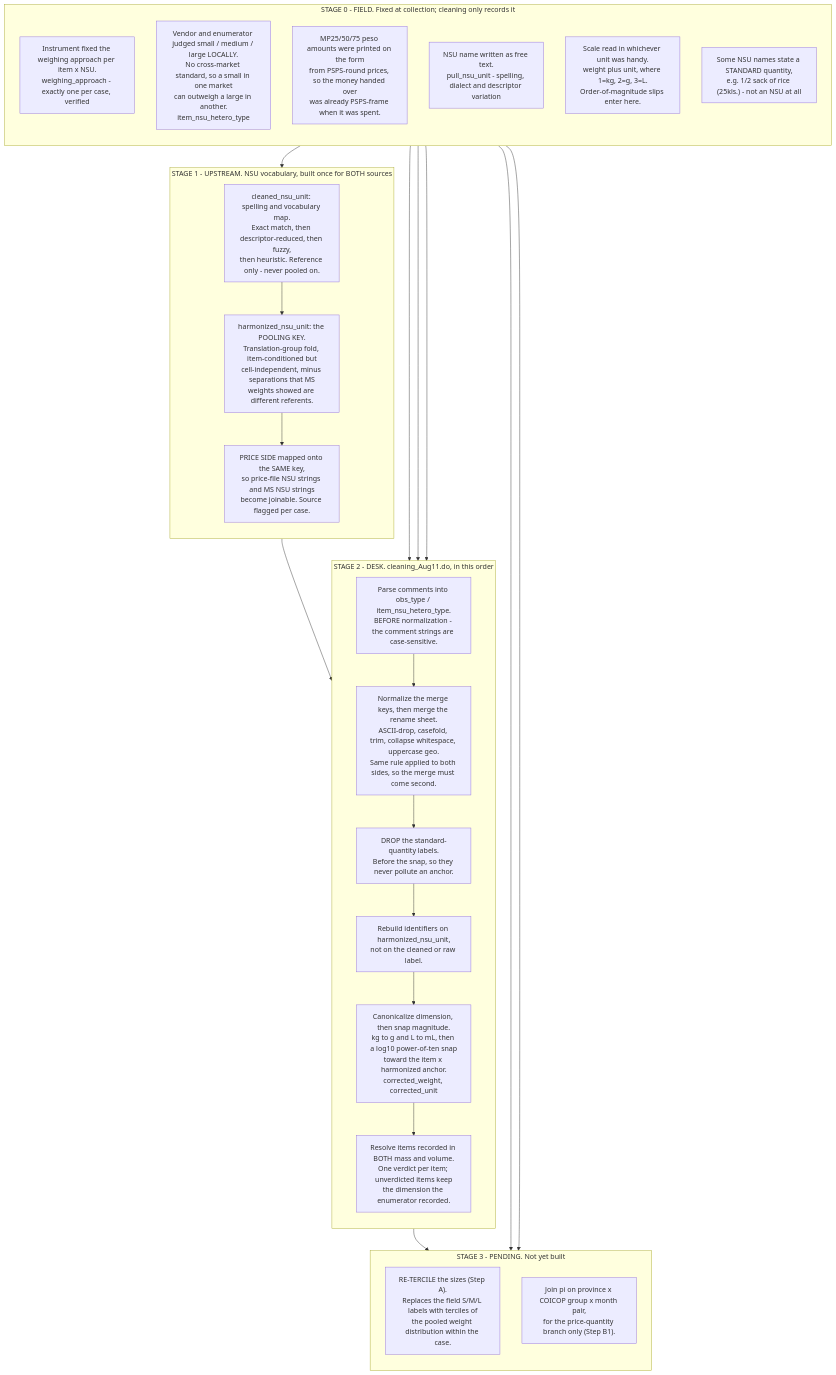
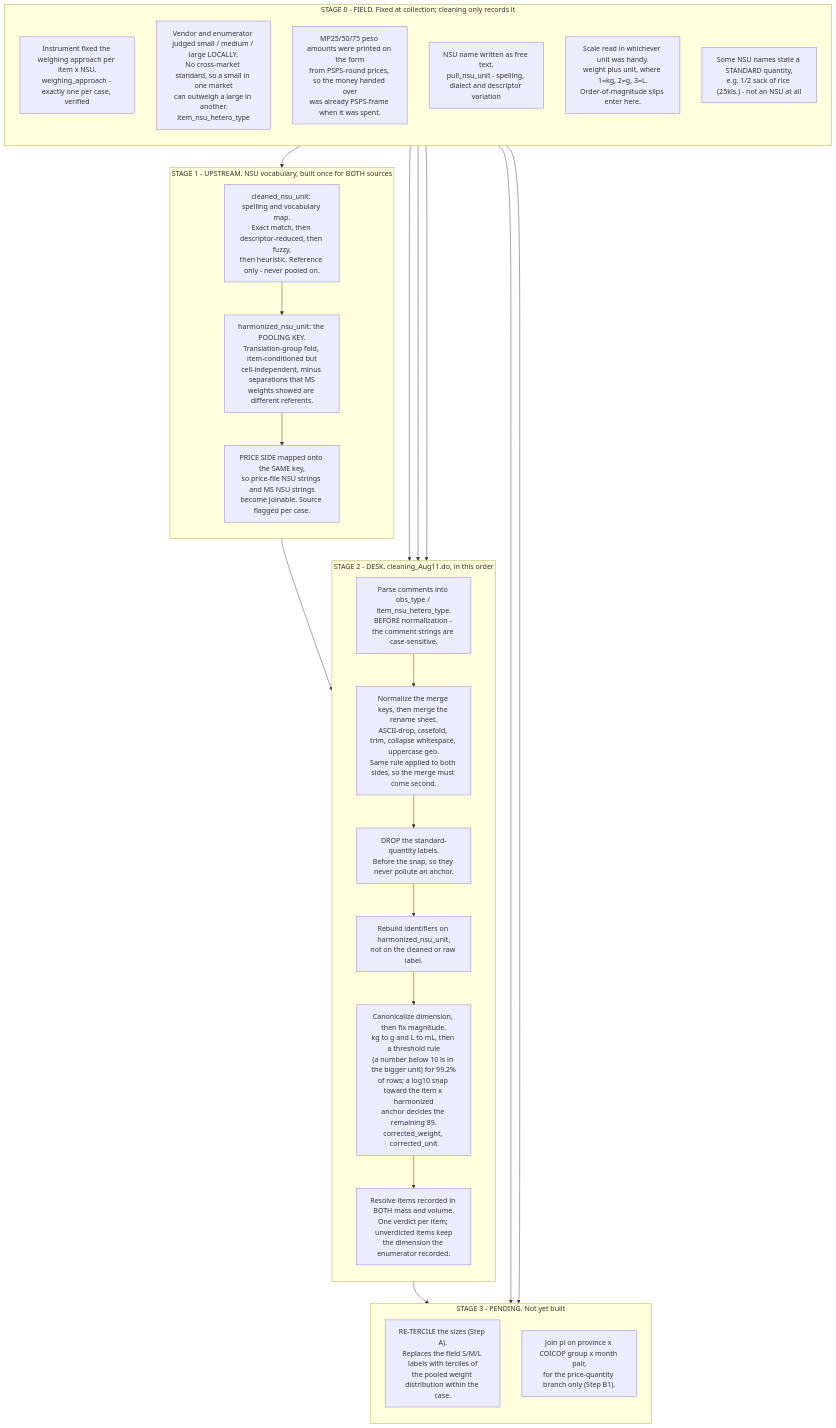
Before and after one commit to Shineyang03/nsu-market-survey-cleaning: the second of 2 diagrams in docs/conversion_factor_methodology.md, drawn with Mermaid. The commit also changed other lines of this file and 1 other file, not shown here.

````diff
--- a/docs/conversion_factor_methodology.md
+++ b/docs/conversion_factor_methodology.md
@@ -135,46 +135,46 @@
 ```mermaid
 flowchart TB
     subgraph FIELD["STAGE 0 - FIELD. Fixed at collection; cleaning only records it"]
         direction TB
         F1["Instrument fixed the weighing approach per item x NSU.<br/>weighing_approach - exactly one per case, verified"]
         F2["Vendor and enumerator judged small / medium / large LOCALLY.<br/>No cross-market standard, so a small in one market<br/>can outweigh a large in another.<br/>item_nsu_hetero_type"]
         F3["MP25/50/75 peso amounts were printed on the form<br/>from PSPS-round prices, so the money handed over<br/>was already PSPS-frame when it was spent."]
         F4["NSU name written as free text.<br/>pull_nsu_unit - spelling, dialect and descriptor variation"]
         F5["Scale read in whichever unit was handy.<br/>weight plus unit, where 1=kg, 2=g, 3=L.<br/>Order-of-magnitude slips enter here."]
         F6["Some NSU names state a STANDARD quantity,<br/>e.g. 1/2 sack of rice (25kls.) - not an NSU at all"]
     end
 
     subgraph UP["STAGE 1 - UPSTREAM. NSU vocabulary, built once for BOTH sources"]
         direction TB
         U1["cleaned_nsu_unit: spelling and vocabulary map.<br/>Exact match, then descriptor-reduced, then fuzzy,<br/>then heuristic. Reference only - never pooled on."]
         U2["harmonized_nsu_unit: the POOLING KEY.<br/>Translation-group fold, item-conditioned but<br/>cell-independent, minus separations that MS<br/>weights showed are different referents."]
         U3["PRICE SIDE mapped onto the SAME key,<br/>so price-file NSU strings and MS NSU strings<br/>become joinable. Source flagged per case."]
         U1 --> U2 --> U3
     end
 
     subgraph DESK["STAGE 2 - DESK. cleaning_Aug11.do, in this order"]
         direction TB
         D1["Parse comments into obs_type / item_nsu_hetero_type.<br/>BEFORE normalization - the comment strings are case-sensitive."]
         D2["Normalize the merge keys, then merge the rename sheet.<br/>ASCII-drop, casefold, trim, collapse whitespace, uppercase geo.<br/>Same rule applied to both sides, so the merge must come second."]
         D3["DROP the standard-quantity labels.<br/>Before the snap, so they never pollute an anchor."]
         D4["Rebuild identifiers on harmonized_nsu_unit,<br/>not on the cleaned or raw label."]
-        D5["Canonicalize dimension, then snap magnitude.<br/>kg to g and L to mL, then a log10 power-of-ten snap<br/>toward the item x harmonized anchor.<br/>corrected_weight, corrected_unit"]
+        D5["Canonicalize dimension, then fix magnitude.<br/>kg to g and L to mL, then a threshold rule<br/>(a number below 10 is in the bigger unit) for 99.2%<br/>of rows; a log10 snap toward the item x harmonized<br/>anchor decides the remaining 89.<br/>corrected_weight, corrected_unit"]
         D6["Resolve items recorded in BOTH mass and volume.<br/>One verdict per item; unverdicted items keep<br/>the dimension the enumerator recorded."]
         D1 --> D2 --> D3 --> D4 --> D5 --> D6
     end
 
     subgraph PEND["STAGE 3 - PENDING. Not yet built"]
         direction TB
         P1["RE-TERCILE the sizes (Step A).<br/>Replaces the field S/M/L labels with terciles of<br/>the pooled weight distribution within the case."]
         P2["Join pi on province x COICOP group x month pair,<br/>for the price-quantity branch only (Step B1)."]
     end
 
     F4 --> U1
     F6 --> D3
     F5 --> D5
     U3 --> D2
     F1 --> D1
     D6 --> P1
     F2 --> P1
     F3 --> P2
 ```
````
